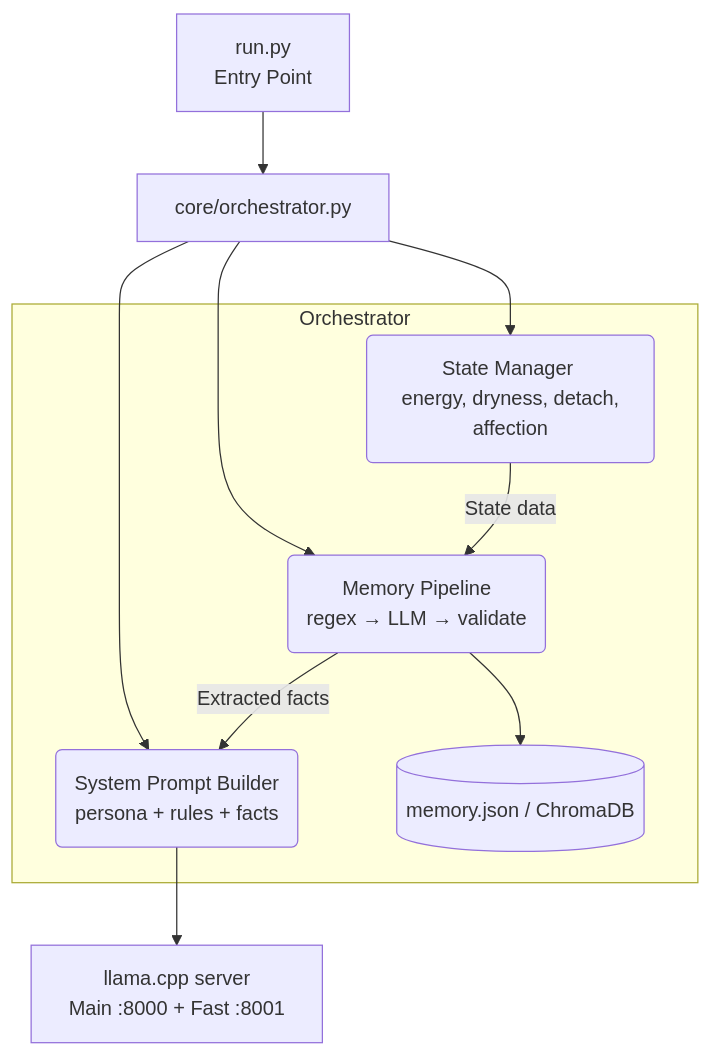
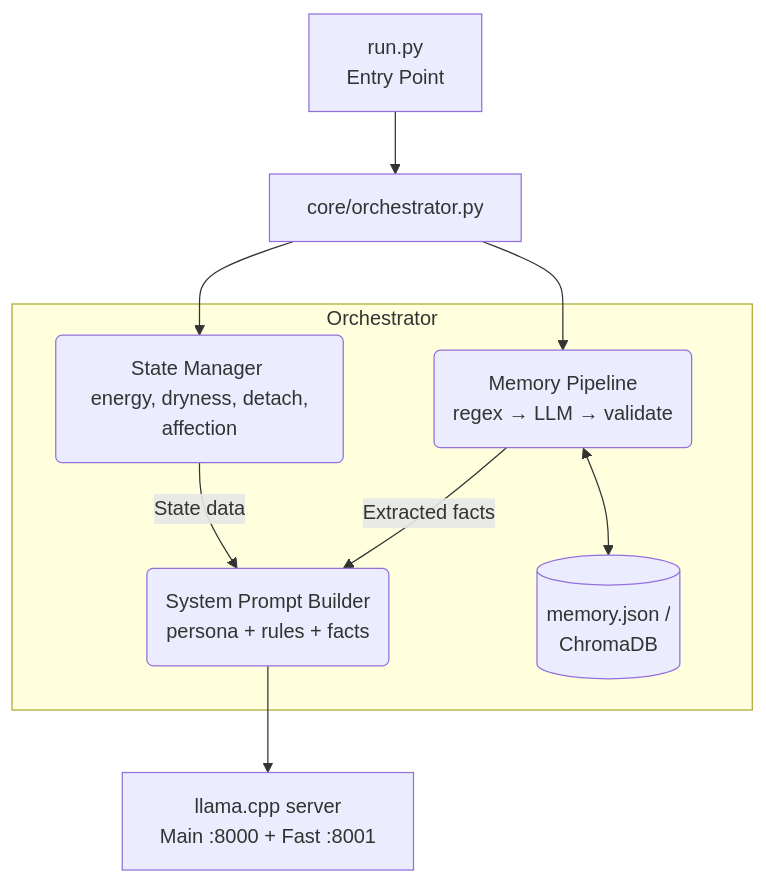
The diagram in README.md (FredaLou/TYCHE), drawn with Mermaid before and after one commit.

````diff
--- a/README.md
+++ b/README.md
@@ -13,20 +13,19 @@
 ```mermaid
 graph TD
     A[run.py <br> Entry Point] --> B[core/orchestrator.py]
-    
+
     subgraph Orchestrator
         B1(State Manager <br> energy, dryness, detach, affection)
         B2(Memory Pipeline <br> regex → LLM → validate)
         B3(System Prompt Builder <br> persona + rules + facts)
-        
-        B1 -->|State data| B2
+        DB[(memory.json / <br> ChromaDB)]
+
+        B1 -->|State data| B3
         B2 -->|Extracted facts| B3
-        B2 --> DB[(memory.json / ChromaDB)]
+        B2 <--> DB
     end
-    
+
     B --> B1
     B --> B2
-    B --> B3
-    
     B3 --> LLM[llama.cpp server <br> Main :8000 + Fast :8001]
 ```
````
